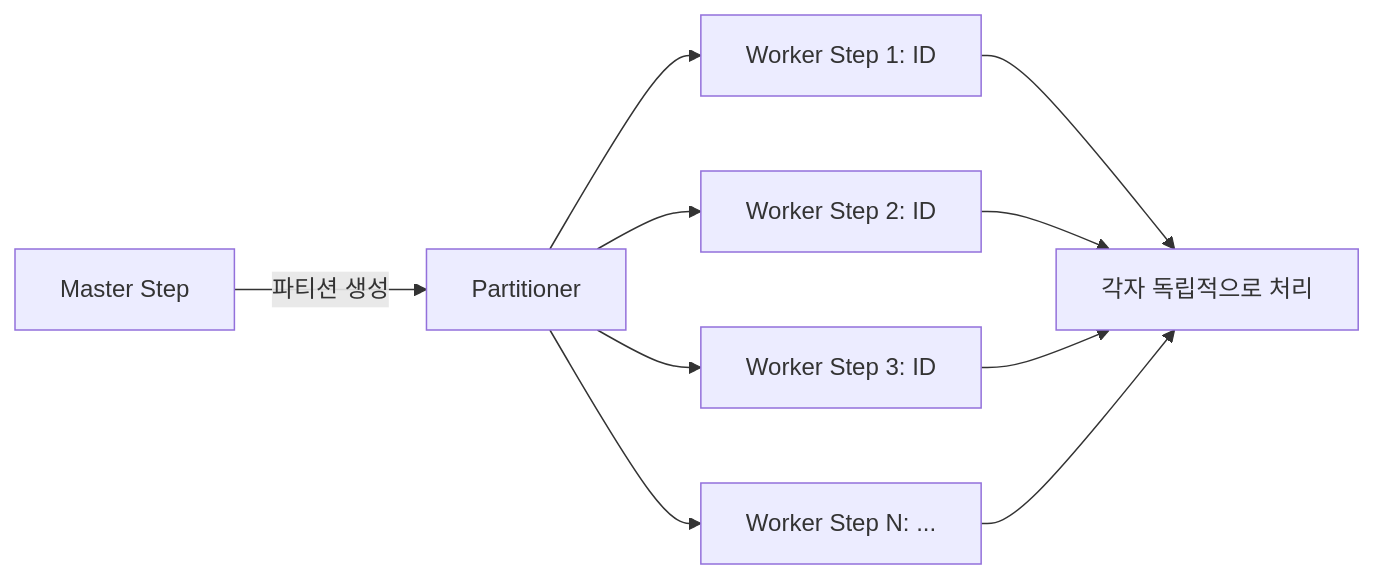
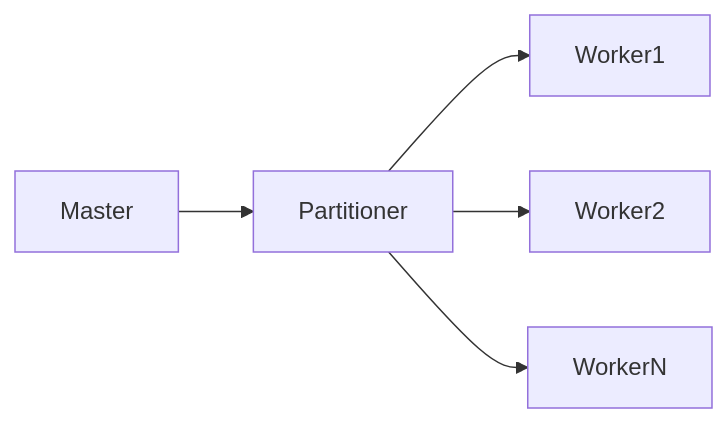
The fifth of 6 diagrams in _posts/spring/2026-05-02-spring-batch-deep.md (yjkim2015/yjkim2015.github.io), drawn with Mermaid before and after one commit. The commit also changed other lines of this file and 163 other files, not shown here.

First line of the commit message:
Mermaid 300개 블록 내용 축소: 5노드 5엣지 이하, 의미 있는 약어

````diff
--- a/_posts/spring/2026-05-02-spring-batch-deep.md
+++ b/_posts/spring/2026-05-02-spring-batch-deep.md
@@ -410,12 +405,7 @@
 ```mermaid
 graph LR
-    A[Master Step] -->|"파티션 생성"| B[Partitioner]
-    B --> C["Worker Step 1: ID"]
-    B --> D["Worker Step 2: ID"]
-    B --> E["Worker Step 3: ID"]
-    B --> F["Worker Step N: ..."]
-    C --> G["각자 독립적으로 처리"]
-    D --> G
-    E --> G
-    F --> G
+    A[Master] --> B[Partitioner]
+    B --> C[Worker1]
+    B --> D[Worker2]
+    B --> E[WorkerN]
 ```
````
